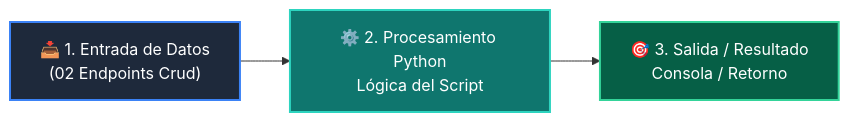
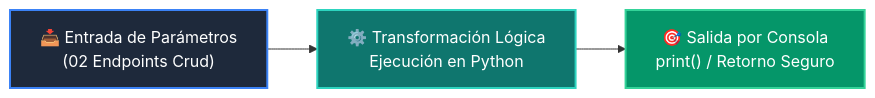
The diagram in 04-proyecto-final/clase-02-backend-fastapi/ejemplos/ejemplo_02_endpoints_crud/README.md (wisrovi/wisrovi-python), drawn with Mermaid before and after one commit. The commit also changed other lines of this file and 226 other files, not shown here.

Commit message:
docs: elevate all repository READMEs to world-class mastery standard with rich pedagogical architecture, custom Mermaids, and professional styling

````diff
--- a/04-proyecto-final/clase-02-backend-fastapi/ejemplos/ejemplo_02_endpoints_crud/README.md
+++ b/04-proyecto-final/clase-02-backend-fastapi/ejemplos/ejemplo_02_endpoints_crud/README.md
@@ -12,9 +19,9 @@
 ```mermaid
 flowchart LR
-    A["📥 1. Entrada de Datos<br/>(02 Endpoints Crud)"] --> B["⚙️ 2. Procesamiento Python<br/>Lógica del Script"]
-    B --> C["🎯 3. Salida / Resultado<br/>Consola / Retorno"]
+    A["📥 Entrada de Parámetros<br/>(02 Endpoints Crud)"] --> B["⚙️ Transformación Lógica<br/>Ejecución en Python"]
+    B --> C["🎯 Salida por Consola<br/>print() / Retorno Seguro"]
 
-    style A fill:#1e293b,color:#fff,stroke:#3b82f6,stroke-width:2px
-    style B fill:#0f766e,color:#fff,stroke:#2dd4bf,stroke-width:2px
-    style C fill:#065f46,color:#fff,stroke:#34d399,stroke-width:2px
+    style A fill:#1e293b,color:#ffffff,stroke:#3b82f6,stroke-width:2px
+    style B fill:#0f766e,color:#ffffff,stroke:#2dd4bf,stroke-width:2px
+    style C fill:#059669,color:#ffffff,stroke:#34d399,stroke-width:2px
 ```
````
